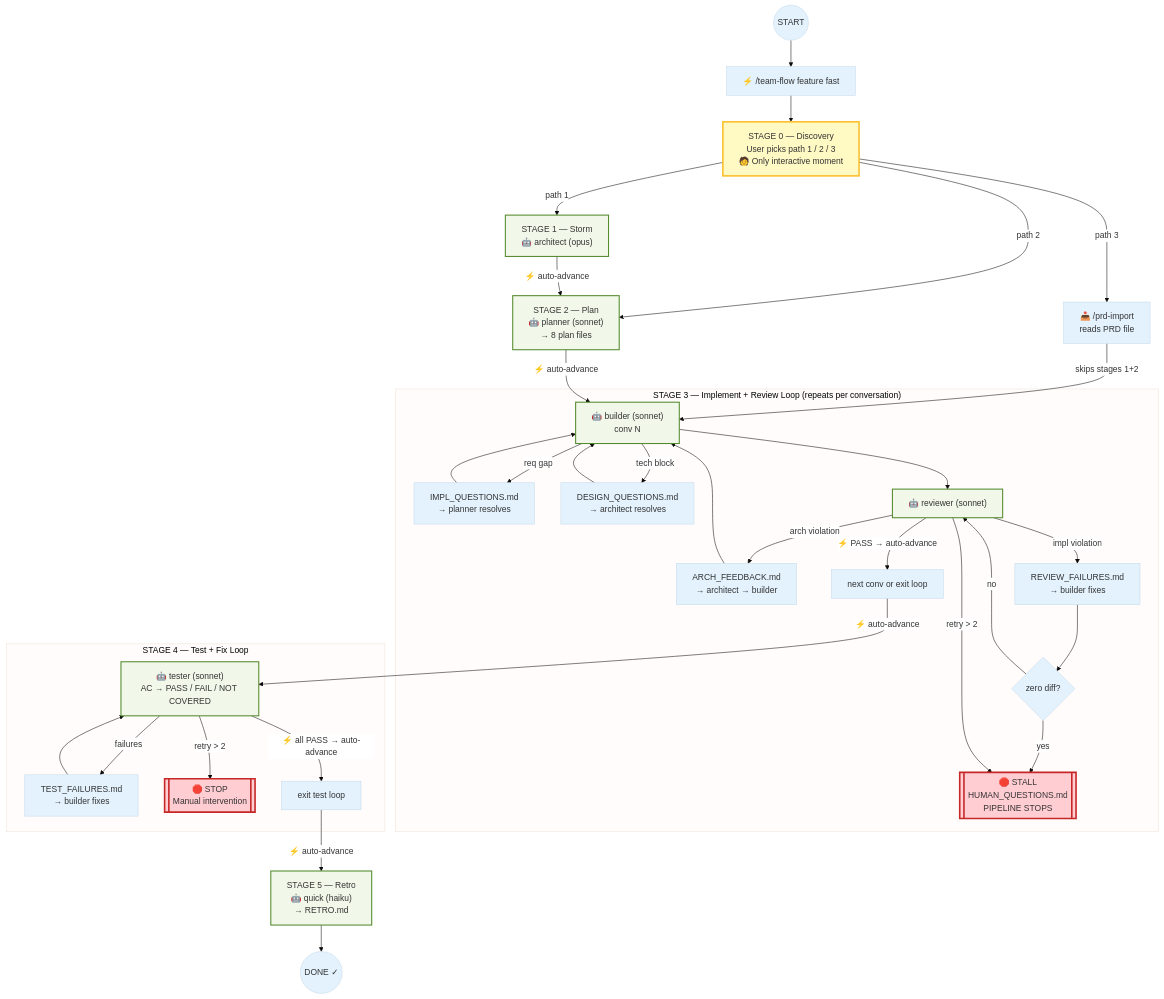
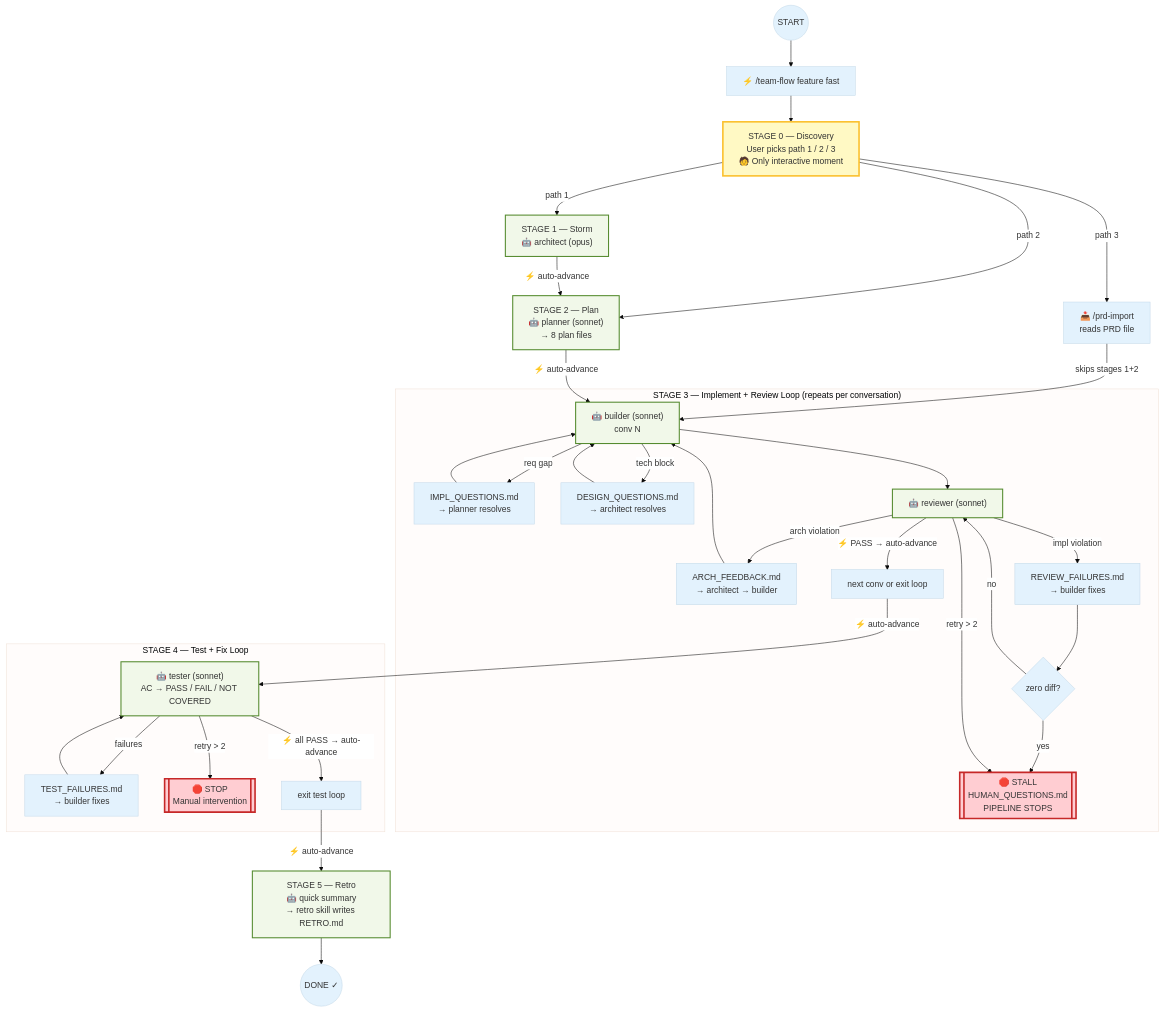
Before and after one commit to hamilton-sky/pathly: the diagram in docs/FAST_MODE_FLOW.md, drawn with Mermaid. The commit also changed 14 other files, not shown here.

````diff
--- a/docs/FAST_MODE_FLOW.md
+++ b/docs/FAST_MODE_FLOW.md
@@ -106,51 +106,51 @@
 ```mermaid
 %%{init: {'theme': 'base', 'themeVariables': {'primaryColor': '#e3f2fd', 'edgeLabelBackground':'#ffffff'}}}%%
 graph TD
     Start((START)) --> CMD["⚡ /team-flow feature fast"]
     CMD --> DISCO["STAGE 0 — Discovery\nUser picks path 1 / 2 / 3\n🧑 Only interactive moment"]
 
     DISCO -->|"path 1"| STORM["STAGE 1 — Storm\n🤖 architect (opus)"]
     DISCO -->|"path 2"| PLAN
     DISCO -->|"path 3"| IMPORT["📥 /prd-import\nreads PRD file"]
 
     STORM -->|"⚡ auto-advance"| PLAN["STAGE 2 — Plan\n🤖 planner (sonnet)\n→ 8 plan files"]
     IMPORT -->|"skips stages 1+2"| BUILD
 
     PLAN -->|"⚡ auto-advance"| BUILD
 
     subgraph Loop ["STAGE 3 — Implement + Review Loop  (repeats per conversation)"]
         BUILD["🤖 builder (sonnet)\nconv N"] -->|"req gap"| IQ["IMPL_QUESTIONS.md\n→ planner resolves"]
         BUILD -->|"tech block"| DQ["DESIGN_QUESTIONS.md\n→ architect resolves"]
         IQ --> BUILD
         DQ --> BUILD
         BUILD --> REVIEW["🤖 reviewer (sonnet)"]
         REVIEW -->|"arch violation"| AF["ARCH_FEEDBACK.md\n→ architect → builder"]
         REVIEW -->|"impl violation"| RF["REVIEW_FAILURES.md\n→ builder fixes"]
         AF --> BUILD
         RF --> ZDIFF{"zero diff?"}
         ZDIFF -->|"yes"| STALL[["🛑 STALL\nHUMAN_QUESTIONS.md\nPIPELINE STOPS"]]
         ZDIFF -->|"no"| REVIEW
         REVIEW -->|"retry > 2"| STALL
         REVIEW -->|"⚡ PASS → auto-advance"| NEXT["next conv or exit loop"]
     end
 
     NEXT -->|"⚡ auto-advance"| TEST
 
     subgraph Testing ["STAGE 4 — Test + Fix Loop"]
         TEST["🤖 tester (sonnet)\nAC → PASS / FAIL / NOT COVERED"] -->|"failures"| TF["TEST_FAILURES.md\n→ builder fixes"]
         TF --> TEST
         TEST -->|"retry > 2"| STOP2[["🛑 STOP\nManual intervention"]]
         TEST -->|"⚡ all PASS → auto-advance"| DONE_TEST["exit test loop"]
     end
 
-    DONE_TEST -->|"⚡ auto-advance"| RETRO["STAGE 5 — Retro\n🤖 quick (haiku)\n→ RETRO.md"]
+    DONE_TEST -->|"⚡ auto-advance"| RETRO["STAGE 5 — Retro\n🤖 quick summary\n→ retro skill writes RETRO.md"]
     RETRO --> End((DONE ✓))
 
     classDef stop fill:#ffcdd2,stroke:#c62828,stroke-width:3px;
     classDef auto fill:#f1f8e9,stroke:#558b2f,stroke-width:2px;
     classDef human fill:#fff9c4,stroke:#fbc02d,stroke-width:3px;
 
     class STALL,STOP2 stop;
     class STORM,PLAN,BUILD,REVIEW,TEST,RETRO auto;
     class DISCO human;
 ```
````
